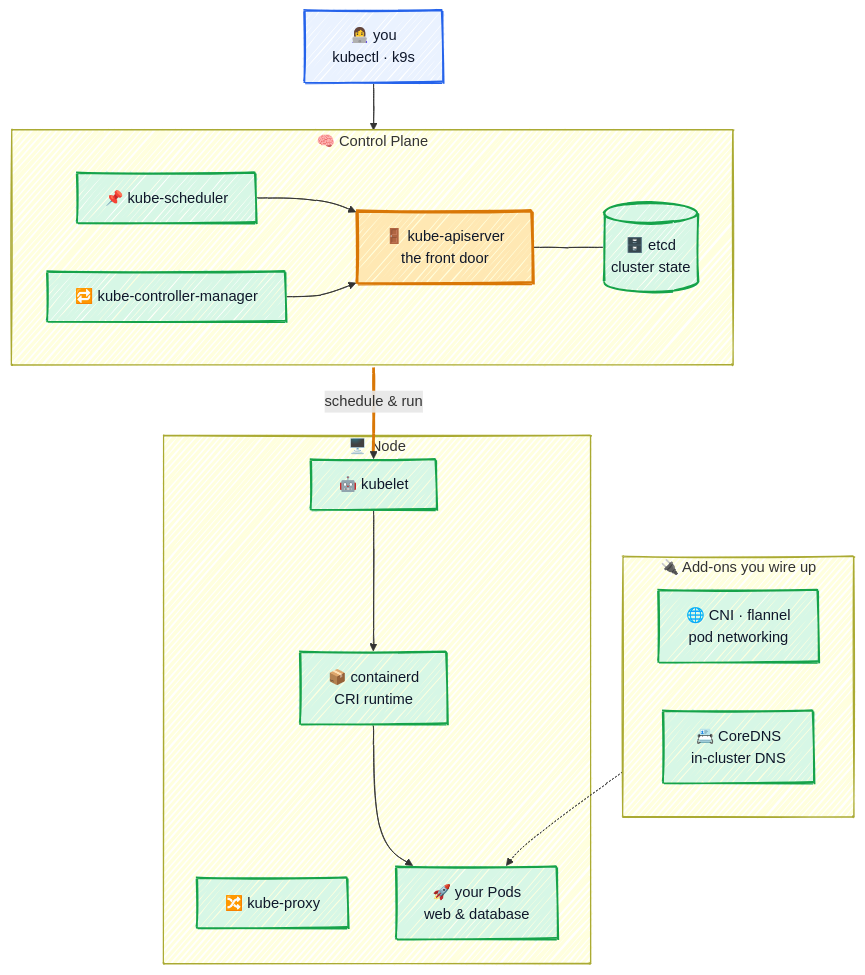
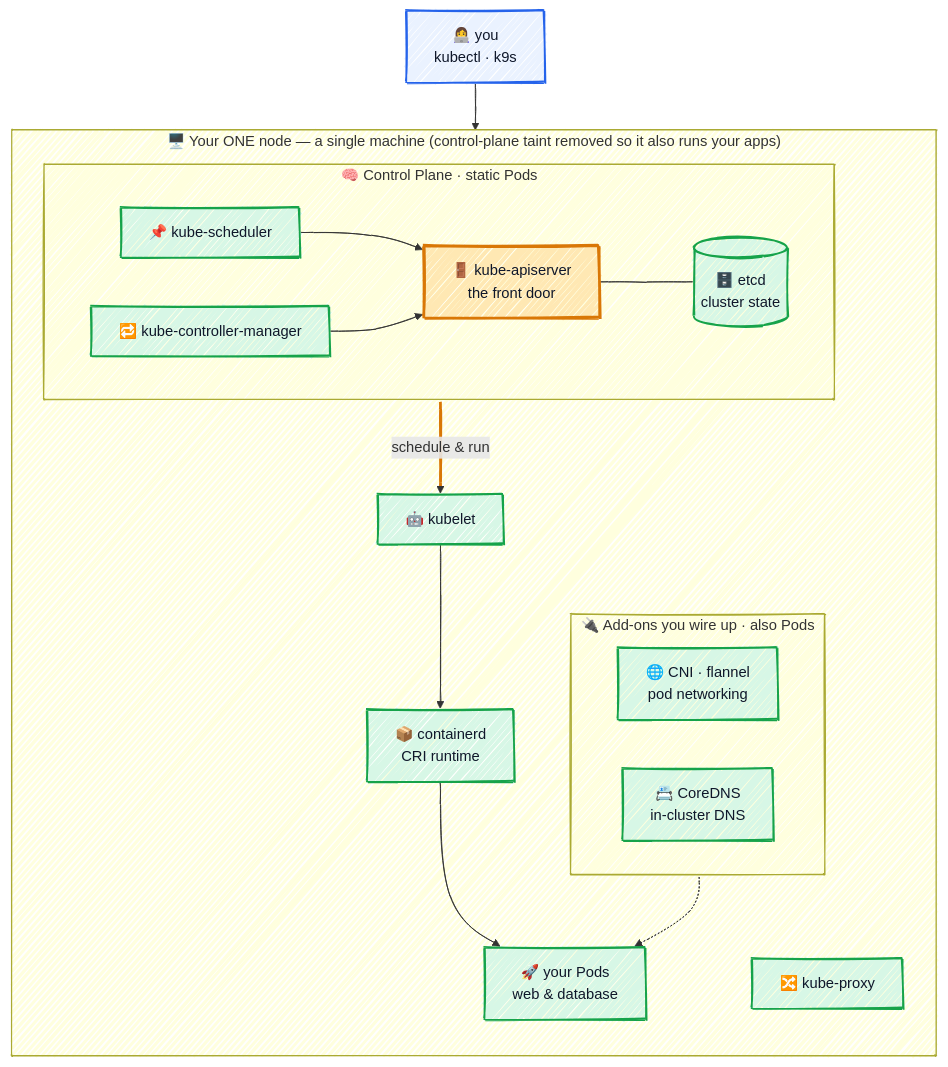
One commit to r97221004/k8s-tutorial changed the diagram in README.md. Above: the diagram before and after it, drawn with Mermaid. The commit also changed other lines of this file, not shown here.

First line of the commit message:
docs: expand outline and clarify single-node scope

````diff
--- a/README.md
+++ b/README.md
@@ -28,44 +28,45 @@
 ```mermaid
 ---
 config:
   look: handDrawn
   theme: default
   themeVariables:
     fontFamily: '"Comic Sans MS", "Comic Sans", "Segoe Print", "Bradley Hand", cursive'
 ---
 flowchart TB
     you["👩‍💻 you<br/>kubectl · k9s"] --> api
 
-    subgraph cp["🧠 Control Plane"]
-        direction LR
-        api["🚪 kube-apiserver<br/>the front door"]
-        etcd[("🗄️ etcd<br/>cluster state")]
-        sched["📌 kube-scheduler"]
-        kcm["🔁 kube-controller-manager"]
-        api --- etcd
-        sched --> api
-        kcm --> api
-    end
+    subgraph host["🖥️ Your ONE node — a single machine (control-plane taint removed so it also runs your apps)"]
+        direction TB
+        subgraph cp["🧠 Control Plane · static Pods"]
+            direction LR
+            api["🚪 kube-apiserver<br/>the front door"]
+            etcd[("🗄️ etcd<br/>cluster state")]
+            sched["📌 kube-scheduler"]
+            kcm["🔁 kube-controller-manager"]
+            api --- etcd
+            sched --> api
+            kcm --> api
+        end
 
-    subgraph node["🖥️ Node"]
         kubelet["🤖 kubelet"] --> cri["📦 containerd<br/>CRI runtime"]
         proxy["🔀 kube-proxy"]
         cri --> pods["🚀 your Pods<br/>web &amp; database"]
+
+        subgraph addons["🔌 Add-ons you wire up · also Pods"]
+            cni["🌐 CNI · flannel<br/>pod networking"]
+            dns["📇 CoreDNS<br/>in-cluster DNS"]
+        end
+        addons -.-> pods
     end
 
     api ==>|"schedule &amp; run"| kubelet
-
-    subgraph addons["🔌 Add-ons you wire up"]
-        cni["🌐 CNI · flannel<br/>pod networking"]
-        dns["📇 CoreDNS<br/>in-cluster DNS"]
-    end
-    addons -.-> pods
 
     classDef ctrl fill:#EAF2FF,stroke:#2563EB,stroke-width:2px,color:#0F172A;
     classDef eng fill:#FFE8B3,stroke:#D97706,stroke-width:3px,color:#0F172A;
     classDef tgt fill:#D7F7E6,stroke:#16A34A,stroke-width:2px,color:#0F172A;
     class you ctrl;
     class api eng;
     class etcd,sched,kcm,kubelet,proxy,cri,pods,cni,dns tgt;
-    linkStyle 6 stroke:#D97706,stroke-width:3px;
+    linkStyle 7 stroke:#D97706,stroke-width:3px;
 ```
````
